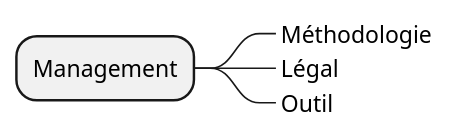
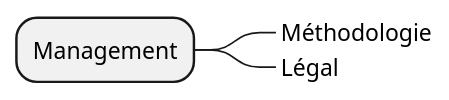
One commit to diplomegalo/roadmap changed the diagram in diagram/domaine/management.puml. Above: the diagram before and after it, drawn with PlantUML. The commit also changed 8 other files, not shown here.

```diff
--- a/diagram/domaine/management.puml
+++ b/diagram/domaine/management.puml
@@ -1,6 +1,5 @@
 @startmindmap
 * Management
 **_ Méthodologie
 **_ Légal
-**_ Outil
 @endmindmap
```
